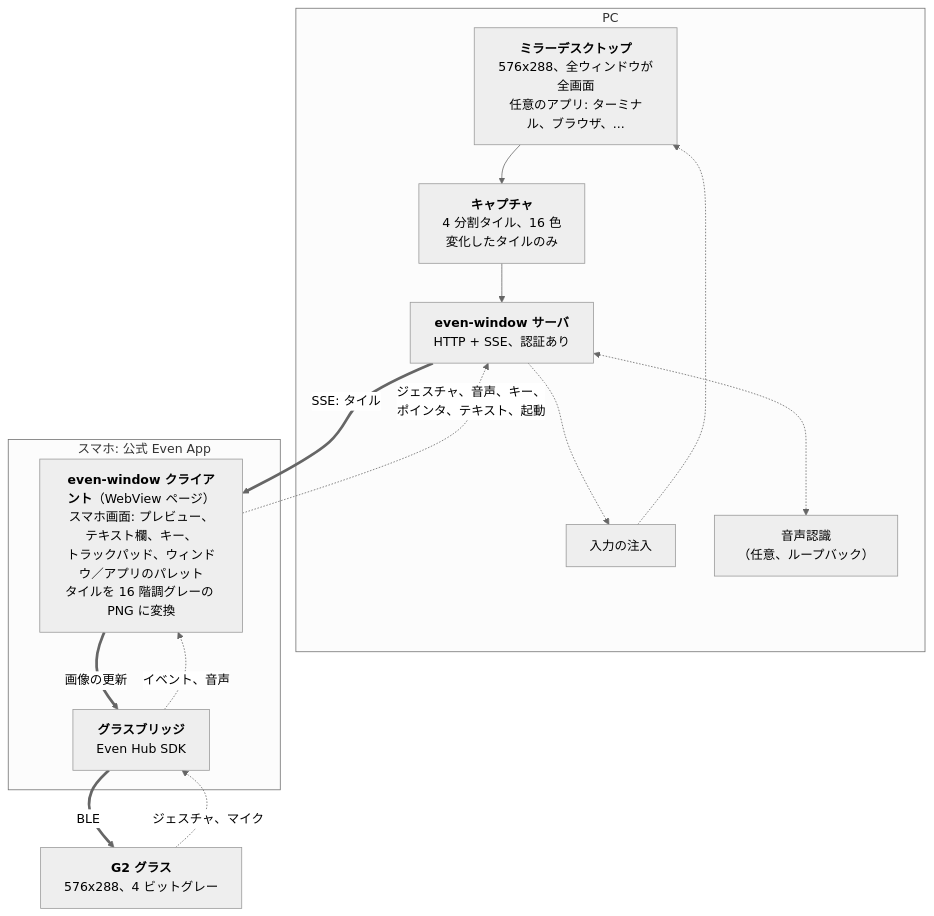
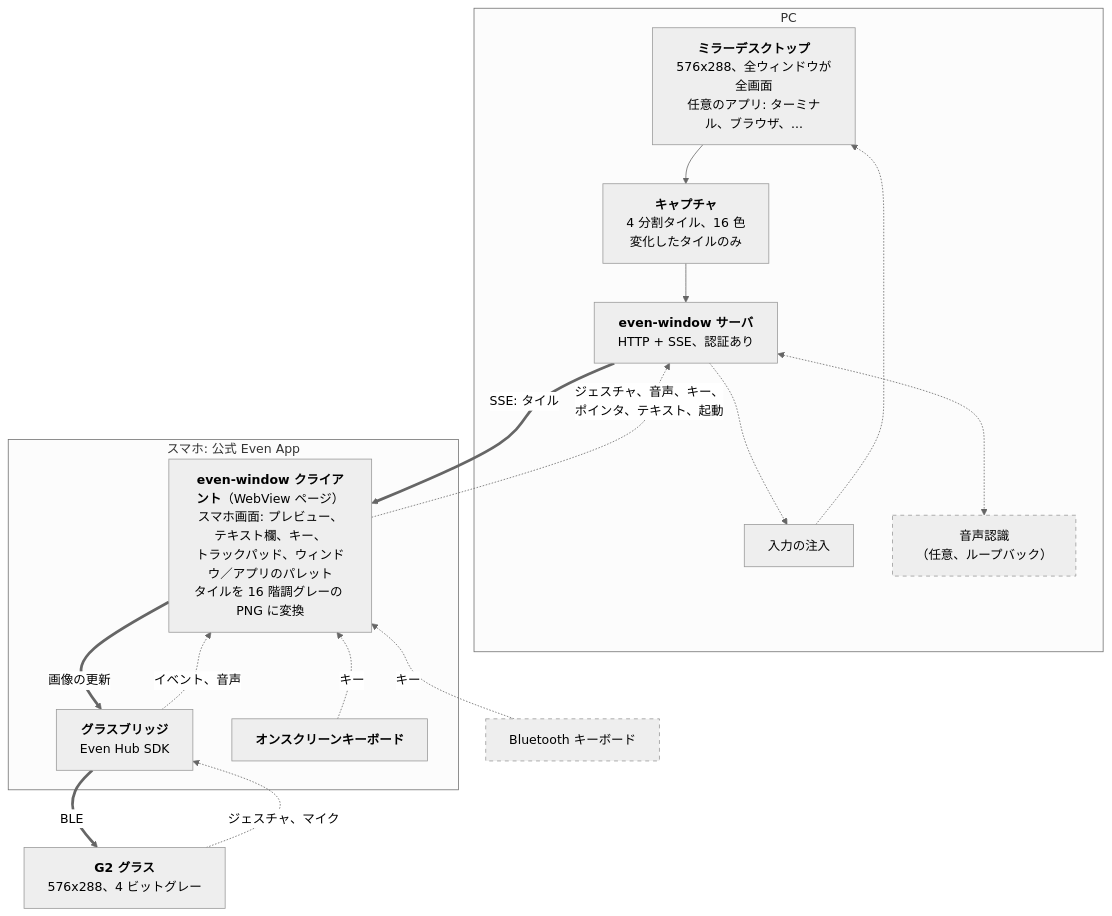
Before and after one commit to sunasaji/even-window: the diagram in README.ja.md, drawn with Mermaid (neutral theme). The commit also changed 1 other file, not shown here.

Commit message:
docs: show the extra input paths in the overview diagram
Add the on-screen keyboard beside the glasses bridge and an optional
Bluetooth keyboard outside the phone, both feeding the client, so the
diagram shows how the phone strengthens the glasses' limited input.
Draw optional parts (Bluetooth keyboard, speech recogniser) with dashed
borders.

````diff
--- a/README.ja.md
+++ b/README.ja.md
@@ -30,25 +30,33 @@
 ```mermaid
 flowchart TB
   subgraph PC["PC"]
     X["<b>ミラーデスクトップ</b><br/>576x288、全ウィンドウが全画面<br/>任意のアプリ: ターミナル、ブラウザ、..."]
     CAP["<b>キャプチャ</b><br/>4 分割タイル、16 色<br/>変化したタイルのみ"]
     SRV["<b>even-window サーバ</b><br/>HTTP + SSE、認証あり"]
     INJ["入力の注入"]
     STT["音声認識<br/>（任意、ループバック）"]
     X --> CAP --> SRV
     SRV -.-> INJ -.-> X
     SRV <-.-> STT
   end
   subgraph PHONE["スマホ: 公式 Even App"]
     CL["<b>even-window クライアント</b>（WebView ページ）<br/>スマホ画面: プレビュー、テキスト欄、キー、<br/>トラックパッド、ウィンドウ／アプリのパレット<br/>タイルを 16 階調グレーの PNG に変換"]
     BR["<b>グラスブリッジ</b><br/>Even Hub SDK"]
+    SK["<b>オンスクリーンキーボード</b>"]
   end
   G2["<b>G2 グラス</b><br/>576x288、4 ビットグレー"]
+  KB["Bluetooth キーボード"]
+  style KB stroke-dasharray: 5 5
+  style STT stroke-dasharray: 5 5
 
   SRV == "SSE: タイル" ==> CL
   CL == "画像の更新" ==> BR
   BR == "BLE" ==> G2
   G2 -. "ジェスチャ、マイク" .-> BR
   BR -. "イベント、音声" .-> CL
+  CL ~~~ SK
+  SK -. "キー" .-> CL
+  CL ~~~ KB
+  KB -. "キー" .-> CL
   CL -. "ジェスチャ、音声、キー、<br/>ポインタ、テキスト、起動" .-> SRV
 ```
````
